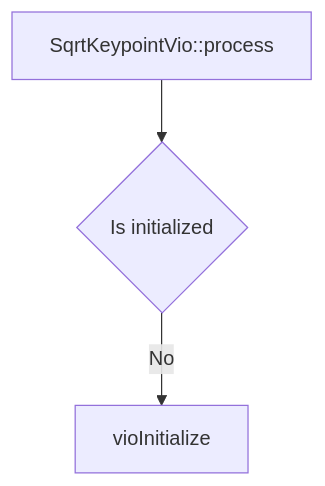
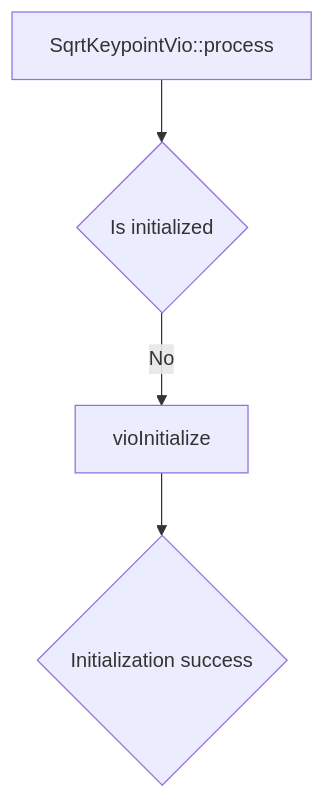
One commit to huzixuan1/iodraw-files changed the diagram in all/未命名-3.md. Above: the diagram before and after it, drawn with Mermaid.

Commit message:
2025-04-21 17:33:46 update

````diff
--- a/all/未命名-3.md
+++ b/all/未命名-3.md
@@ -1,29 +1,30 @@
 ```mermaid
 graph TD
     A[SqrtKeypointVio::process] --> B{Is initialized}
     B -- No --> C[vioInitialize]
+    C --> D{Initialization success}
 
     %% B --> C[solve主优化]
     %% C --> D[createVariablesAndFactors]
     %% D --> E{{迭代循环}}
     %% E --> F[linearizeSystem]
     %% F --> G[linearSolve]
     %% G --> H{checkStepSuccess?}
     %% H -- 是 --> I[acceptStep]
     %% H -- 否 --> J[rejectStep]
     %% I --> E
     %% J --> E
     %% E --> K[marginalize]
     %% K --> L[generateNewMarginPrior]
     %% K --> M[createMarginVariableAndFactors]
     
     %% subgraph 辅助操作
     %%     N[backup/restore]
     %%     O[checkMarginPriorNullSpace]
     %%     P[updateOnlineCalib]
     %% end
     %% C --> N
     %% K --> O
     %% C --> P
 
 ```
````
